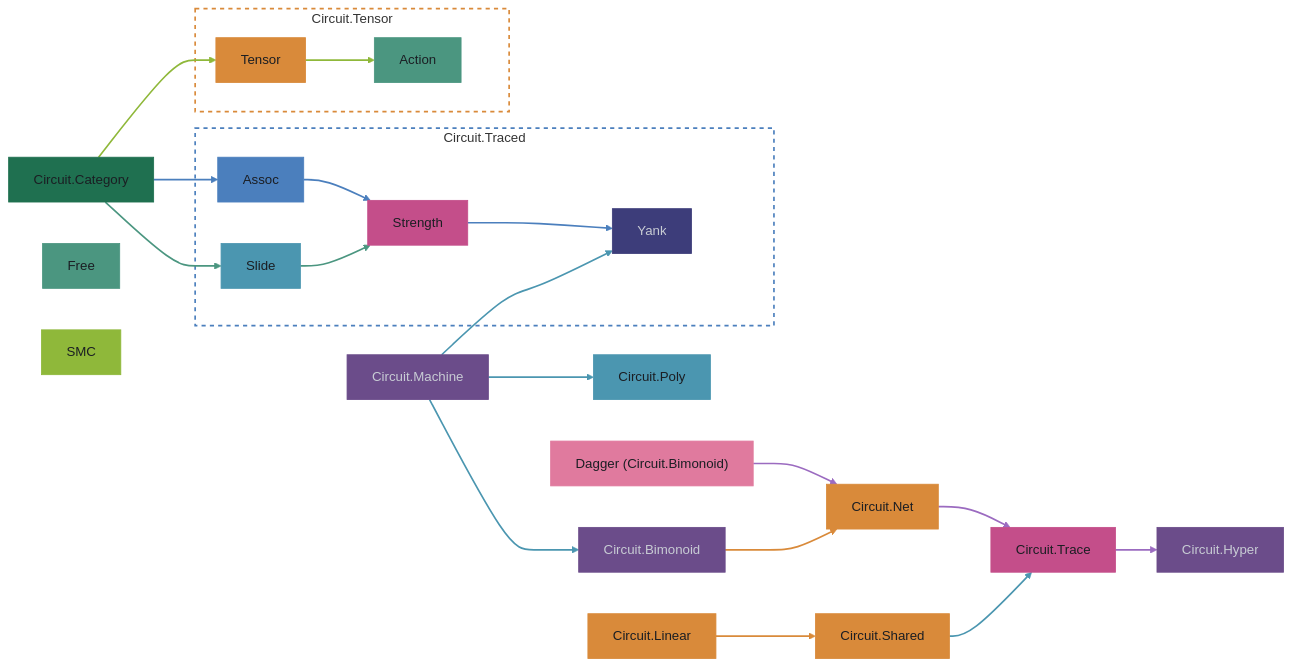
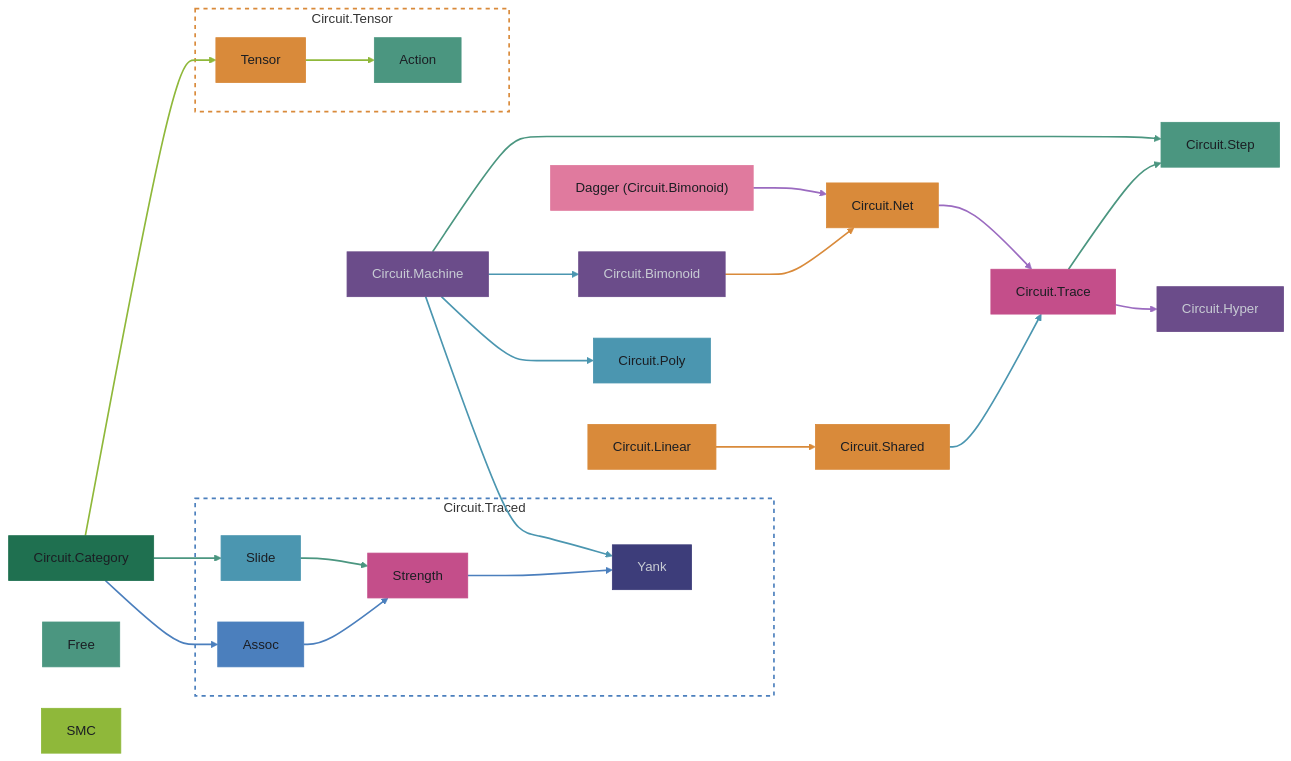
The second of 2 diagrams in readme.md (tonyday567/circuits), drawn with Mermaid before and after one commit. The commit also changed other lines of this file and 10 other files, not shown here.

Commit message:
Circuit.Step: the tick gets its own module — the shared currency of the machine and traced lanes, with the runner-fit conditions and a worked example (scan vs yank). Unfold/Nest move to Circuit.Traced beside yank. Machine re-exports Step; Span, Net, Bimonoid, the umbrella and the maps follow

````diff
--- a/readme.md
+++ b/readme.md
@@ -63,67 +63,72 @@
 ```mermaid
 graph LR
   Category["Circuit.Category"]
 
   subgraph Channel ["Circuit.Traced"]
     Assoc["Assoc"]
     Slide["Slide"]
     Strength["Strength"]
     Yank["Yank"]
   end
 
   subgraph Tensor ["Circuit.Tensor"]
     TensorClass["Tensor"]
     Action["Action"]
   end
 
   Net["Circuit.Net"]
   Trace["Circuit.Trace"]
   Hyper["Circuit.Hyper"]
   Dagger["Dagger (Circuit.Bimonoid)"]
   Poly["Circuit.Poly"]
   Machine["Circuit.Machine"]
+  Step["Circuit.Step"]
   Shared["Circuit.Shared"]
   Bimonoid["Circuit.Bimonoid"]
   Linear["Circuit.Linear"]
 
   Category --> Assoc --> Strength --> Yank
   Category --> Slide --> Strength
   Category --> TensorClass --> Action
   Net --> Trace
   Trace --> Hyper
   Dagger --> Net
   Machine --> Poly
   Machine --> Bimonoid
   Machine --> Yank
   Shared --> Trace
   Bimonoid --> Net
   Linear --> Shared
+  Machine --> Step
+  Trace --> Step
 
   linkStyle 0,1,2 stroke:#4B7FBD,stroke-width:2px
   linkStyle 3,4 stroke:#4B9680,stroke-width:2px
   linkStyle 5,6 stroke:#8FB83A,stroke-width:2px
   linkStyle 7,8,9 stroke:#9B6BC0,stroke-width:2px
   linkStyle 10,11,12,13 stroke:#4B96B0,stroke-width:2px
   linkStyle 14,15 stroke:#D98A3A,stroke-width:2px
+  linkStyle 16,17 stroke:#4B9680,stroke-width:2px
 
   style Channel fill:transparent,stroke:#4B7FBD,stroke-width:2px,stroke-dasharray: 5 5
   style Tensor fill:transparent,stroke:#D98A3A,stroke-width:2px,stroke-dasharray: 5 5
   style Category fill:#1F7050,stroke:#1F7050,color:#1b1e23
   style Assoc fill:#4B7FBD,stroke:#4B7FBD,color:#1b1e23
   style Slide fill:#4B96B0,stroke:#4B96B0,color:#1b1e23
   style Strength fill:#C44E8A,stroke:#C44E8A,color:#1b1e23
   style Yank fill:#3D3D7A,stroke:#3D3D7A,color:#c8ccd4
   style TensorClass fill:#D98A3A,stroke:#D98A3A,color:#1b1e23
   style Action fill:#4B9680,stroke:#4B9680,color:#1b1e23
   style Free fill:#4B9680,stroke:#4B9680,color:#1b1e23
   style SMC fill:#8FB83A,stroke:#8FB83A,color:#1b1e23
   style Net fill:#D98A3A,stroke:#D98A3A,color:#1b1e23
   style Trace fill:#C44E8A,stroke:#C44E8A,color:#1b1e23
   style Hyper fill:#6B4C8A,stroke:#6B4C8A,color:#c8ccd4
   style Dagger fill:#E07A9E,stroke:#E07A9E,color:#1b1e23
   style Poly fill:#4B96B0,stroke:#4B96B0,color:#1b1e23
   style Machine fill:#6B4C8A,stroke:#6B4C8A,color:#c8ccd4
+  style Step fill:#4B9680,stroke:#4B9680,color:#1b1e23
   style Shared fill:#D98A3A,stroke:#D98A3A,color:#1b1e23
   style Bimonoid fill:#6B4C8A,stroke:#6B4C8A,color:#c8ccd4
   style Linear fill:#D98A3A,stroke:#D98A3A,color:#1b1e23
 ```
````
